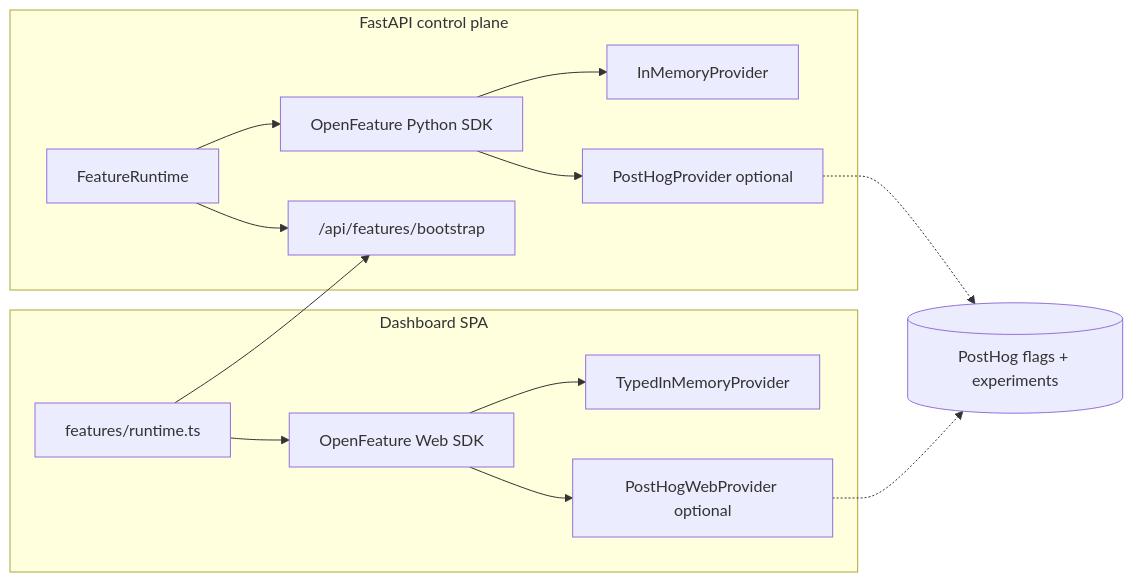
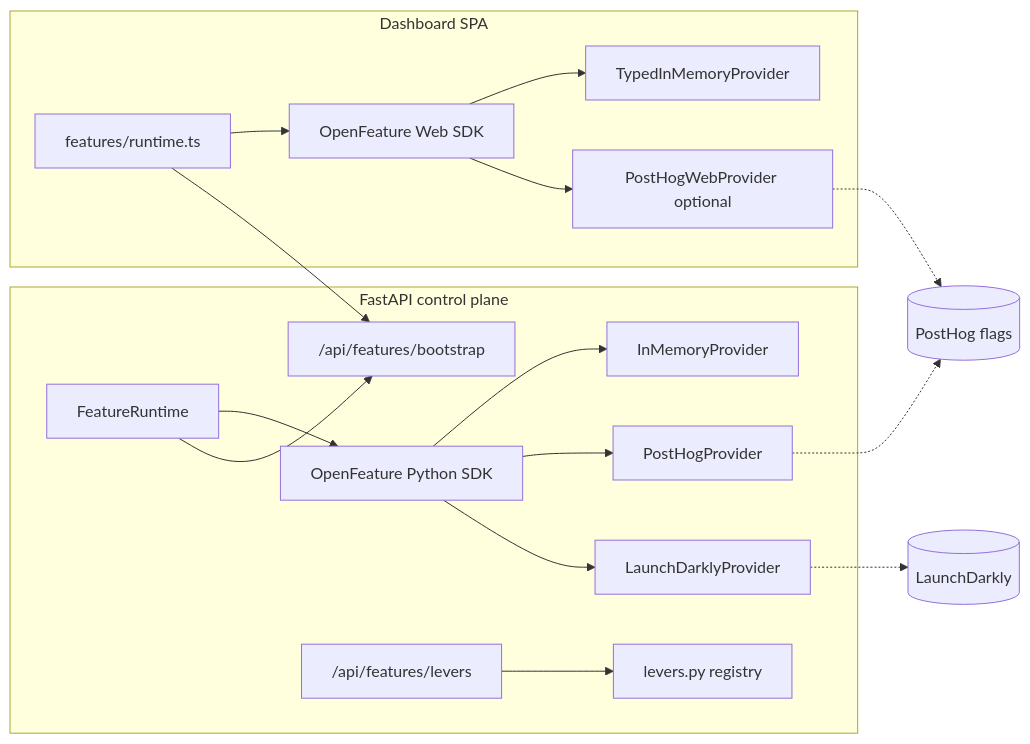
Before and after one commit to Tyler-R-Kendrick/slm-training: the diagram in docs/design/openfeature-experiments.md, drawn with Mermaid. The commit also changed other lines of this file and 13 other files, not shown here.

First line of the commit message:
Extend OpenFeature with LaunchDarkly and experiment lever registry

````diff
--- a/docs/design/openfeature-experiments.md
+++ b/docs/design/openfeature-experiments.md
@@ -34,22 +62,26 @@
 ```mermaid
 flowchart LR
   subgraph server["FastAPI control plane"]
     RT[FeatureRuntime]
     RT --> OFP[OpenFeature Python SDK]
     OFP --> IM[InMemoryProvider]
-    OFP --> PH[PostHogProvider optional]
+    OFP --> PH[PostHogProvider]
+    OFP --> LD[LaunchDarklyProvider]
     API["/api/features/bootstrap"]
+    LEV["/api/features/levers"]
     RT --> API
+    LEV --> REG[levers.py registry]
   end
 
   subgraph browser["Dashboard SPA"]
     BR[features/runtime.ts]
     BR --> OFW[OpenFeature Web SDK]
     OFW --> TIM[TypedInMemoryProvider]
     OFW --> PHW[PostHogWebProvider optional]
     BR --> API
   end
 
-  PH -.-> PostHog[(PostHog flags + experiments)]
+  LD -.-> LDCloud[(LaunchDarkly)]
+  PH -.-> PostHog[(PostHog flags)]
   PHW -.-> PostHog
 ```
````
